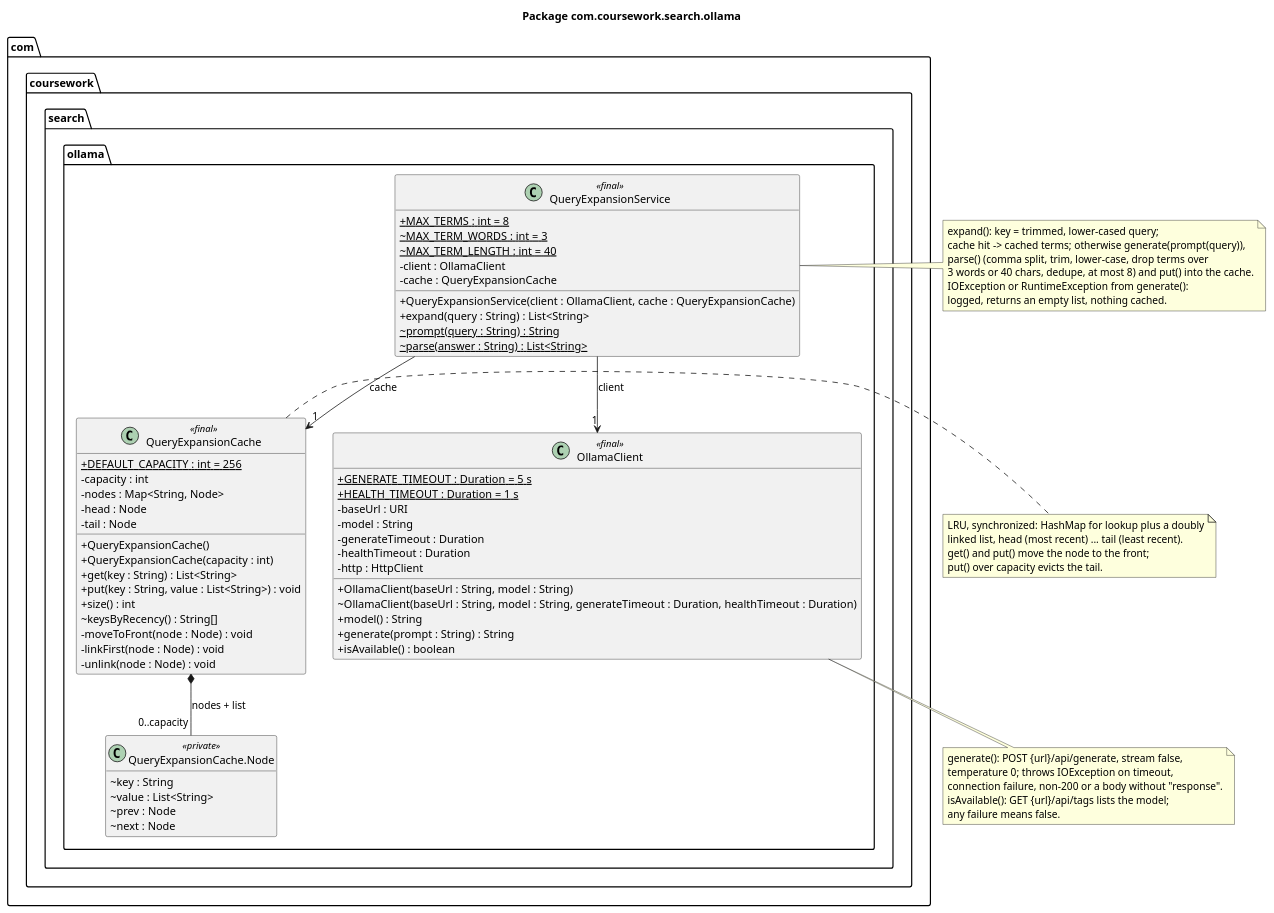
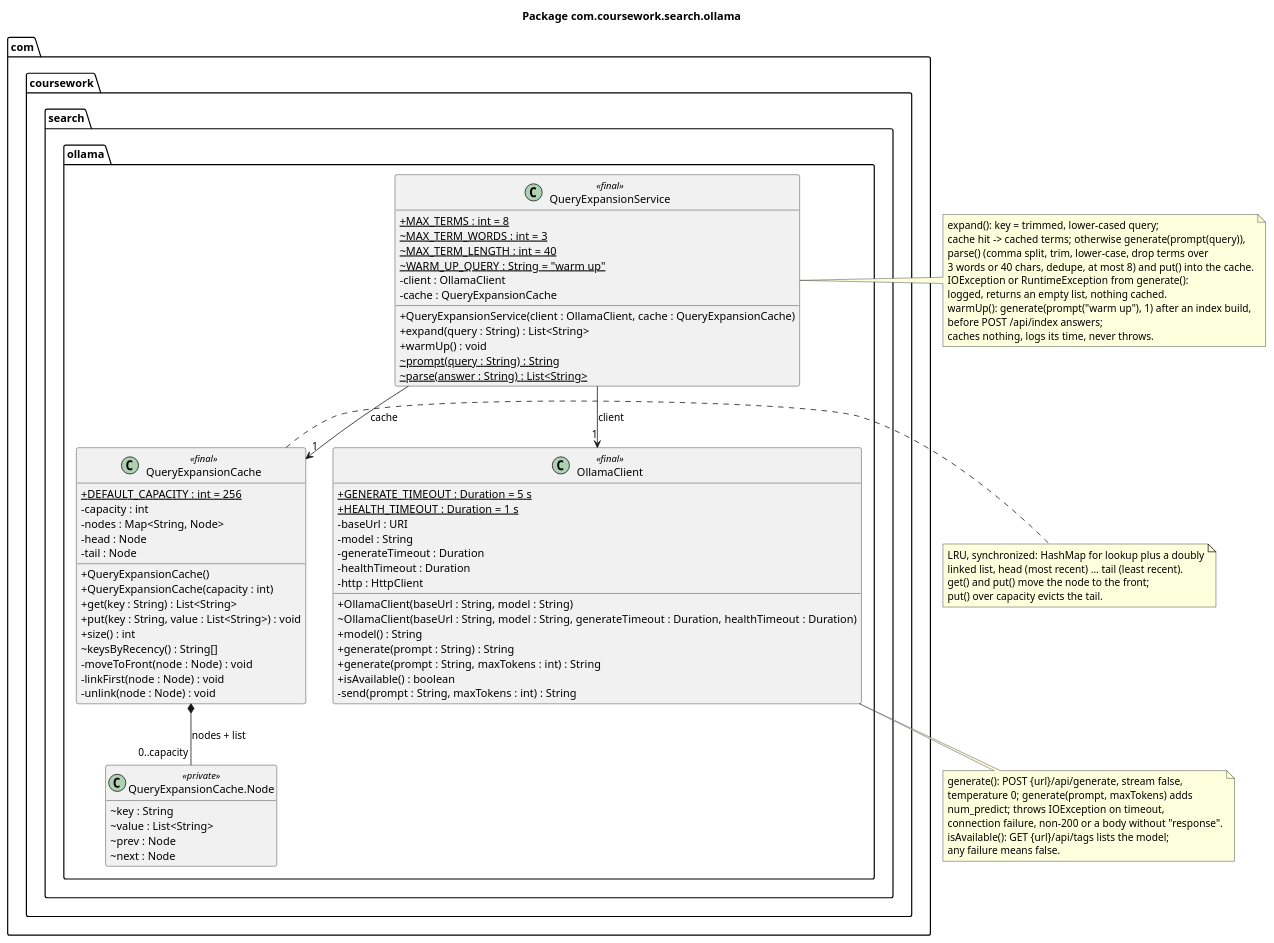
The diagram in docs/class_ollama.puml (poBEDA1631/course_work_parallel_computing), drawn with PlantUML before and after one commit. The commit also changed 6 other files, not shown here.

Commit message:
docs: describe the post-build warm-up and its limits

```diff
--- a/docs/class_ollama.puml
+++ b/docs/class_ollama.puml
@@ -1,89 +1,97 @@
 @startuml class_ollama
 title Package com.coursework.search.ollama
 
 skinparam classAttributeIconSize 0
 hide empty members
 
 package com.coursework.search.ollama {
 
   class QueryExpansionService <<final>> {
     + {static} MAX_TERMS : int = 8
     ~ {static} MAX_TERM_WORDS : int = 3
     ~ {static} MAX_TERM_LENGTH : int = 40
+    ~ {static} WARM_UP_QUERY : String = "warm up"
     - client : OllamaClient
     - cache : QueryExpansionCache
     + QueryExpansionService(client : OllamaClient, cache : QueryExpansionCache)
     + expand(query : String) : List<String>
+    + warmUp() : void
     ~ {static} prompt(query : String) : String
     ~ {static} parse(answer : String) : List<String>
   }
 
   class QueryExpansionCache <<final>> {
     + {static} DEFAULT_CAPACITY : int = 256
     - capacity : int
     - nodes : Map<String, Node>
     - head : Node
     - tail : Node
     + QueryExpansionCache()
     + QueryExpansionCache(capacity : int)
     + get(key : String) : List<String>
     + put(key : String, value : List<String>) : void
     + size() : int
     ~ keysByRecency() : String[]
     - moveToFront(node : Node) : void
     - linkFirst(node : Node) : void
     - unlink(node : Node) : void
   }
 
   class "QueryExpansionCache.Node" as Node <<private>> {
     ~ key : String
     ~ value : List<String>
     ~ prev : Node
     ~ next : Node
   }
 
   class OllamaClient <<final>> {
     + {static} GENERATE_TIMEOUT : Duration = 5 s
     + {static} HEALTH_TIMEOUT : Duration = 1 s
     - baseUrl : URI
     - model : String
     - generateTimeout : Duration
     - healthTimeout : Duration
     - http : HttpClient
     + OllamaClient(baseUrl : String, model : String)
     ~ OllamaClient(baseUrl : String, model : String, generateTimeout : Duration, healthTimeout : Duration)
     + model() : String
     + generate(prompt : String) : String
+    + generate(prompt : String, maxTokens : int) : String
     + isAvailable() : boolean
+    - send(prompt : String, maxTokens : int) : String
   }
 }
 
 QueryExpansionService --> "1" OllamaClient : client
 QueryExpansionService --> "1" QueryExpansionCache : cache
 QueryExpansionCache *-- "0..capacity" Node : nodes + list
 
 note right of QueryExpansionService
   expand(): key = trimmed, lower-cased query;
   cache hit -> cached terms; otherwise generate(prompt(query)),
   parse() (comma split, trim, lower-case, drop terms over
   3 words or 40 chars, dedupe, at most 8) and put() into the cache.
   IOException or RuntimeException from generate():
   logged, returns an empty list, nothing cached.
+  warmUp(): generate(prompt("warm up"), 1) after an index build,
+  before POST /api/index answers;
+  caches nothing, logs its time, never throws.
 end note
 
 note right of QueryExpansionCache
   LRU, synchronized: HashMap for lookup plus a doubly
   linked list, head (most recent) ... tail (least recent).
   get() and put() move the node to the front;
   put() over capacity evicts the tail.
 end note
 
 note bottom of OllamaClient
   generate(): POST {url}/api/generate, stream false,
-  temperature 0; throws IOException on timeout,
+  temperature 0; generate(prompt, maxTokens) adds
+  num_predict; throws IOException on timeout,
   connection failure, non-200 or a body without "response".
   isAvailable(): GET {url}/api/tags lists the model;
   any failure means false.
 end note
 
 @enduml
```
